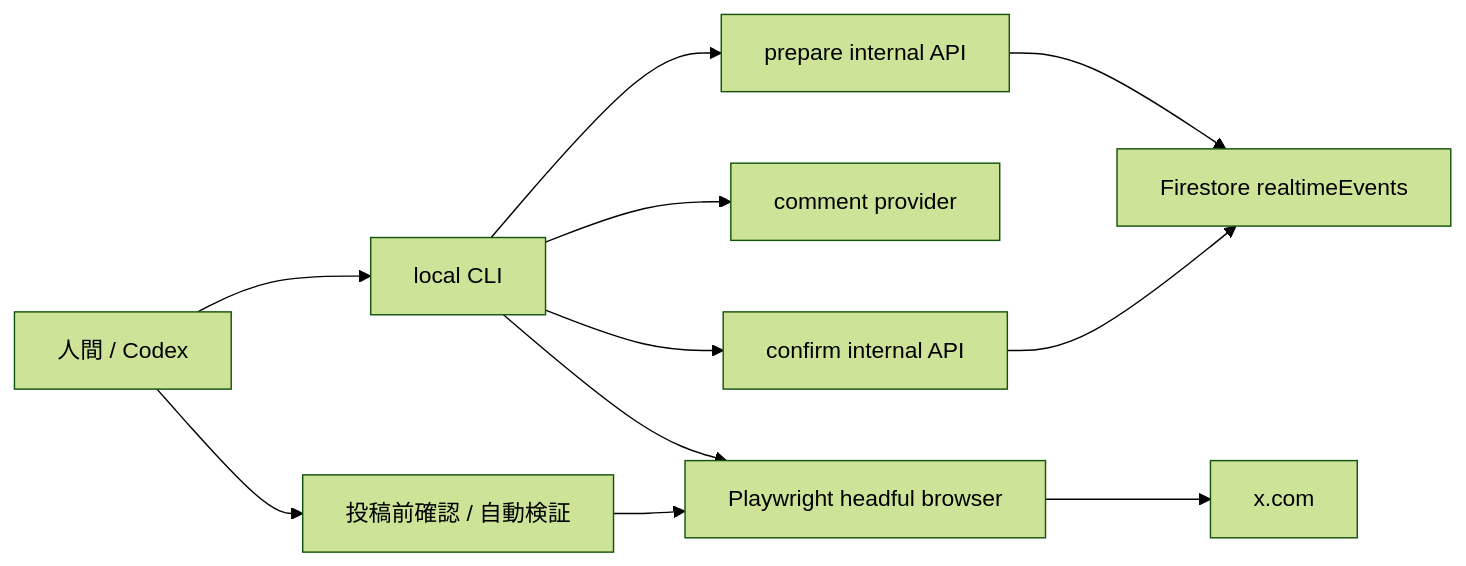
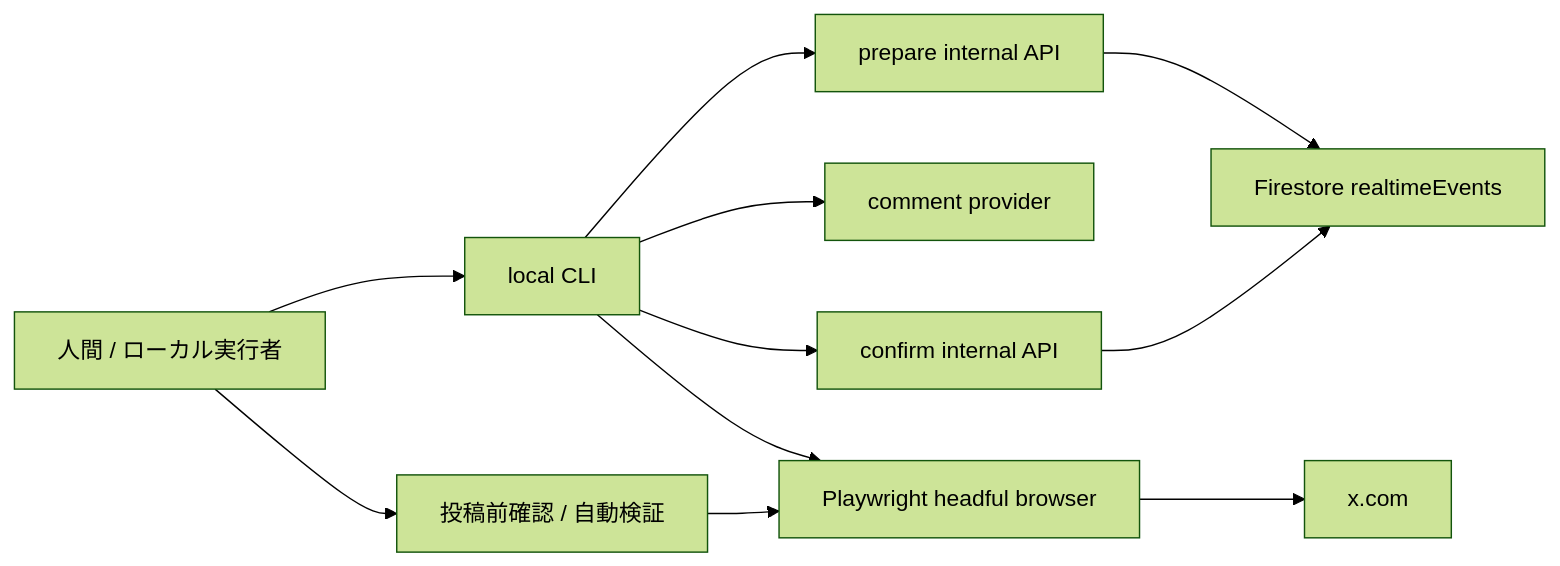
One commit to FukaseDaichi/nazomatic changed the diagram in docs/x-browser-posting/design.md. Above: the diagram before and after it, drawn with Mermaid (forest theme). The commit also changed other lines of this file and 5 other files, not shown here.

````diff
--- a/docs/x-browser-posting/design.md
+++ b/docs/x-browser-posting/design.md
@@ -93,13 +93,13 @@
 ```mermaid
 flowchart LR
-  operator["人間 / Codex"] --> cli["local CLI"]
+  operator["人間 / ローカル実行者"] --> cli["local CLI"]
   cli --> prepare["prepare internal API"]
   prepare --> firestore["Firestore realtimeEvents"]
   cli --> comment["comment provider"]
   cli --> playwright["Playwright headful browser"]
   playwright --> xWeb["x.com"]
   operator --> confirm["投稿前確認 / 自動検証"]
   confirm --> playwright
   cli --> done["confirm internal API"]
   done --> firestore
 ```
````
